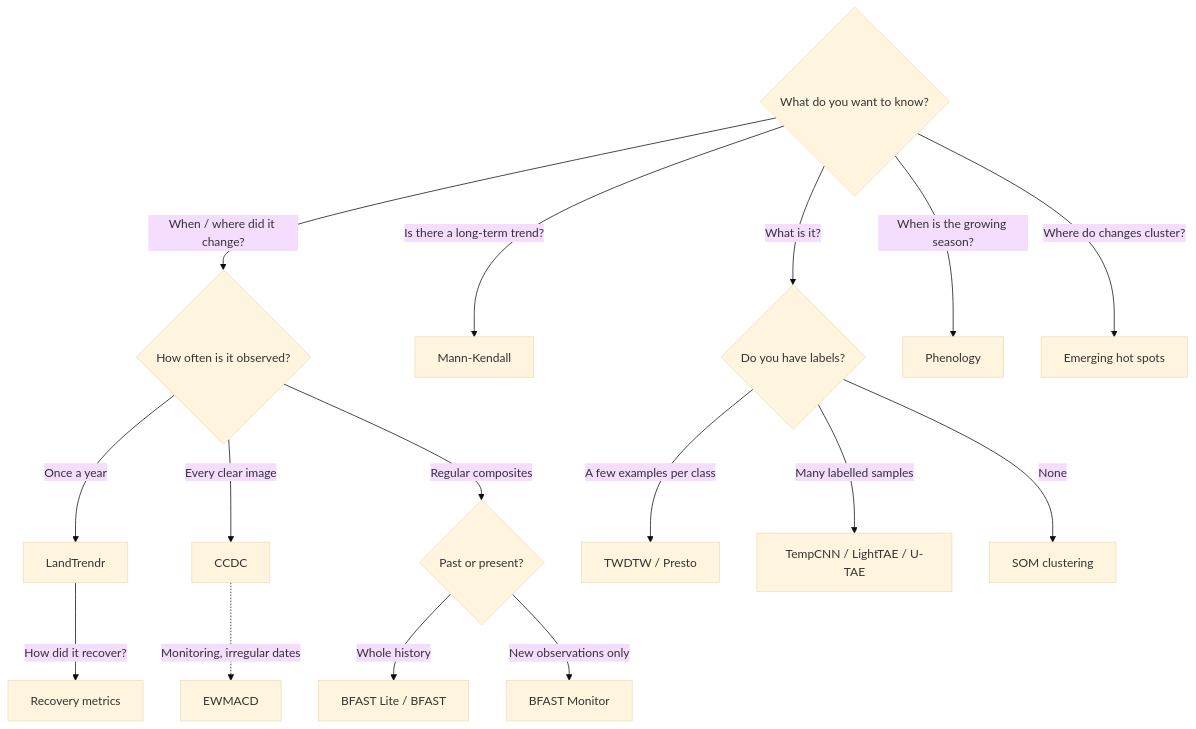
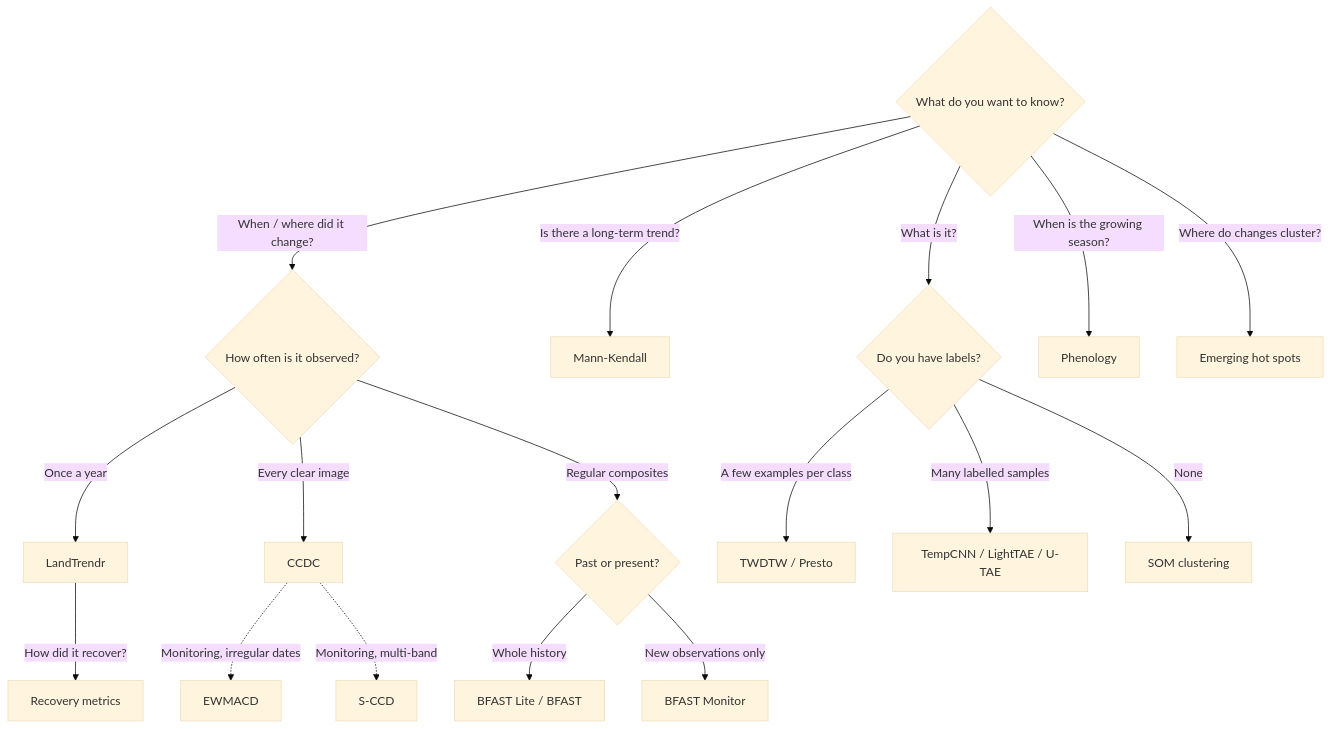
One commit to sacridini/zeit-cdts changed the diagram in docs/getting-started/choosing-an-algorithm.md. Above: the diagram before and after it, drawn with Mermaid (base theme). The commit also changed other lines of this file and 12 other files, not shown here.

````diff
--- a/docs/getting-started/choosing-an-algorithm.md
+++ b/docs/getting-started/choosing-an-algorithm.md
@@ -32,21 +33,22 @@
 ```mermaid
 flowchart TD
     Q{"What do you want to know?"}
     Q -->|"When / where did it change?"| C{"How often is it observed?"}
     Q -->|"Is there a long-term trend?"| MK["Mann-Kendall"]
     Q -->|"What is it?"| L{"Do you have labels?"}
     Q -->|"When is the growing season?"| PH["Phenology"]
     Q -->|"Where do changes cluster?"| HS["Emerging hot spots"]
     LT -->|"How did it recover?"| RC["Recovery metrics"]
 
     C -->|"Once a year"| LT["LandTrendr"]
     C -->|"Every clear image"| CC["CCDC"]
     C -->|"Regular composites"| B{"Past or present?"}
     B -->|"Whole history"| BL["BFAST Lite / BFAST"]
     B -->|"New observations only"| BM["BFAST Monitor"]
     CC -.->|"Monitoring, irregular dates"| EW["EWMACD"]
+    CC -.->|"Monitoring, multi-band"| SC["S-CCD"]
 
     L -->|"A few examples per class"| TW["TWDTW / Presto"]
     L -->|"Many labelled samples"| DL["TempCNN / LightTAE / U-TAE"]
     L -->|"None"| SO["SOM clustering"]
 ```
````
